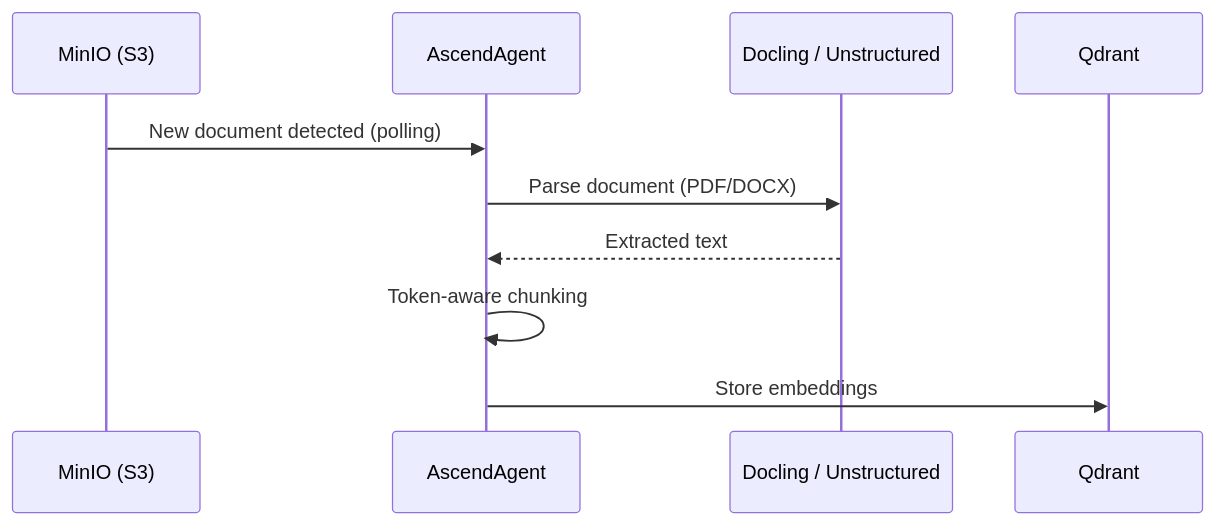
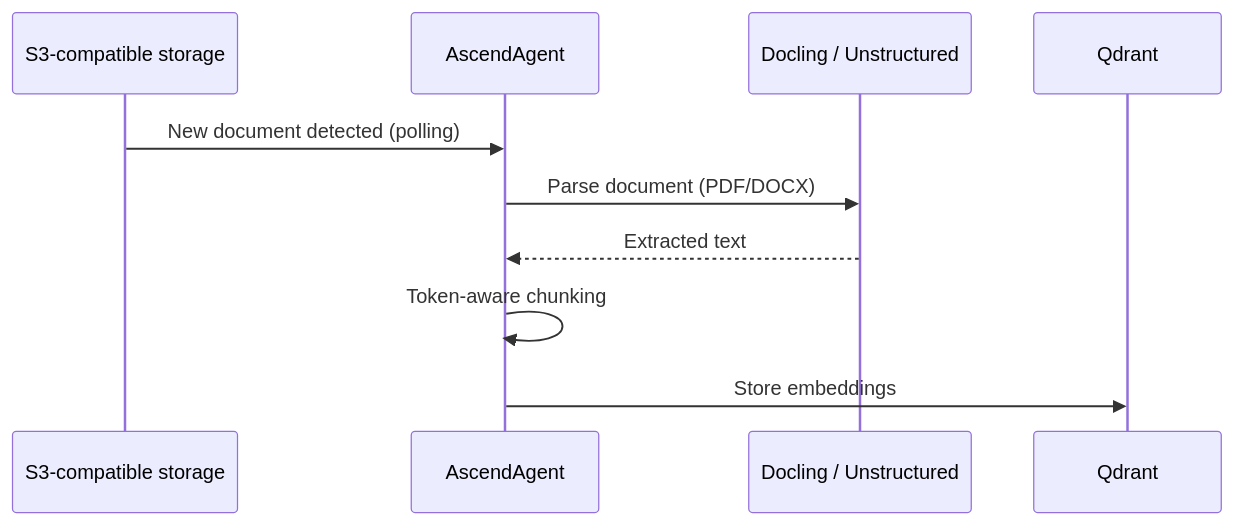
Before and after one commit to Lukk17/AscendAI: the third of 3 diagrams in docs/architecture/arc42/03-building-blocks.md, drawn with Mermaid. The commit also changed other lines of this file and 207 other files, not shown here.

First line of the commit message:
feat(storage): replace MinIO with Floci as the local object store

````diff
--- a/docs/architecture/arc42/03-building-blocks.md
+++ b/docs/architecture/arc42/03-building-blocks.md
@@ -99,13 +99,13 @@
 ```mermaid
 sequenceDiagram
-    participant MinIO as MinIO (S3)
+    participant S3 as S3-compatible storage
     participant Agent as AscendAgent
     participant Docling as Docling / Unstructured
     participant Qdrant
 
-    MinIO->>Agent: New document detected (polling)
+    S3->>Agent: New document detected (polling)
     Agent->>Docling: Parse document (PDF/DOCX)
     Docling-->>Agent: Extracted text
     Agent->>Agent: Token-aware chunking
     Agent->>Qdrant: Store embeddings
 ```
````
